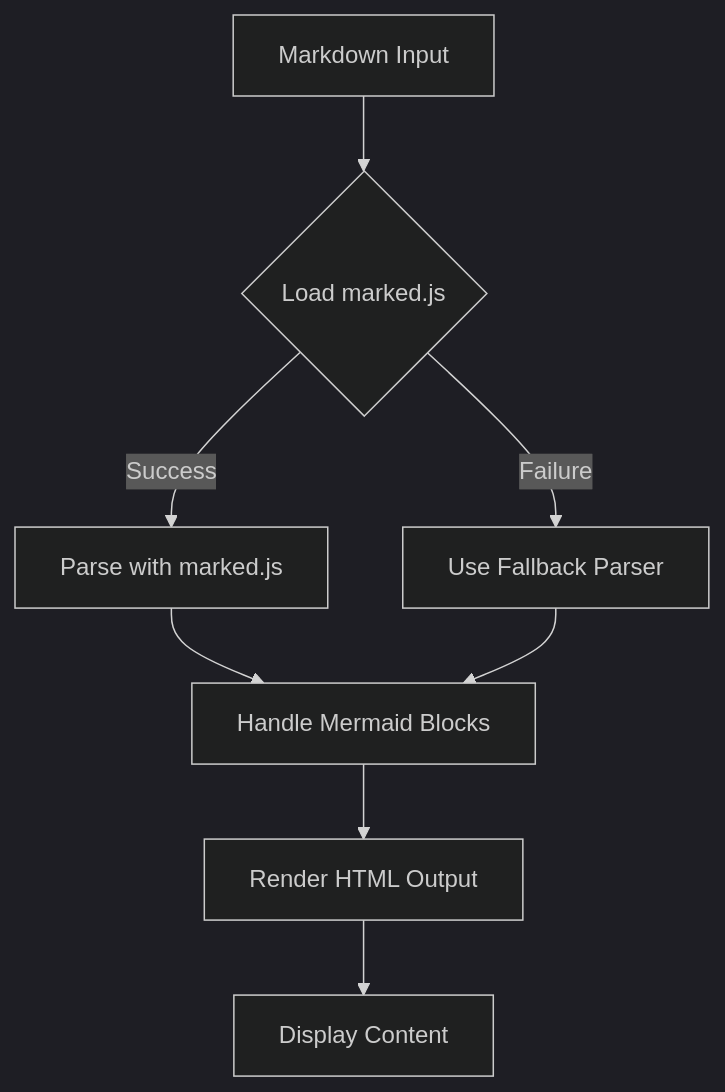
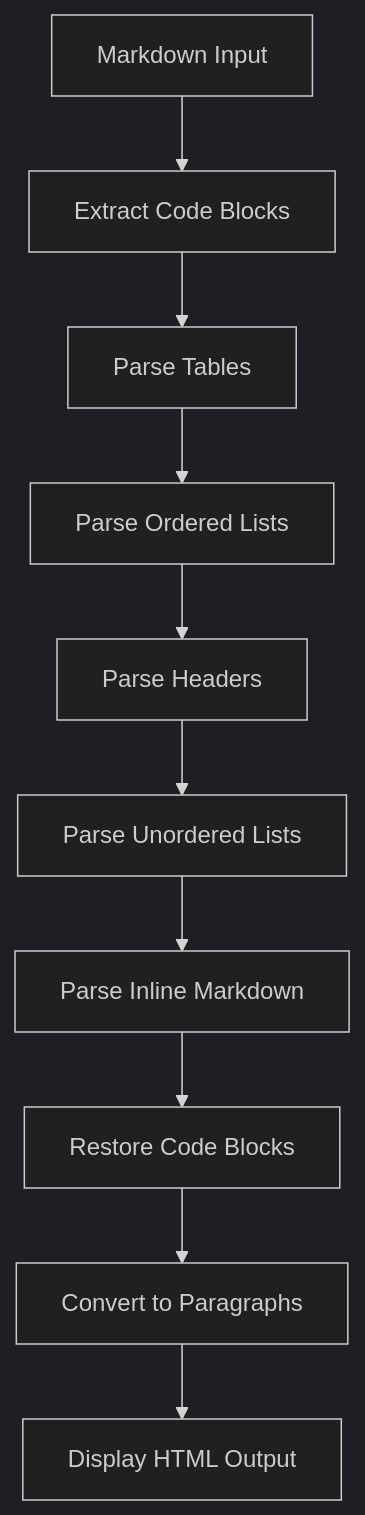
One commit to BestUO/BestUO_Blog changed the diagram in data/posts/6.md. Above: the diagram before and after it, drawn with Mermaid (dark theme). The commit also changed other lines of this file and 4 other files, not shown here.

````diff
--- a/data/posts/6.md
+++ b/data/posts/6.md
@@ -72,10 +68,12 @@
 ```mermaid
 graph TD
-    A[Markdown Input] --> B{Load marked.js}
-    B -->|Success| C[Parse with marked.js]
-    B -->|Failure| D[Use Fallback Parser]
-    C --> E[Handle Mermaid Blocks]
-    D --> E
-    E --> F[Render HTML Output]
-    F --> G[Display Content]
+    A[Markdown Input] --> B[Extract Code Blocks]
+    B --> C[Parse Tables]
+    C --> D[Parse Ordered Lists]
+    D --> E[Parse Headers]
+    E --> F[Parse Unordered Lists]
+    F --> G[Parse Inline Markdown]
+    G --> H[Restore Code Blocks]
+    H --> I[Convert to Paragraphs]
+    I --> J[Display HTML Output]
 ```
````
